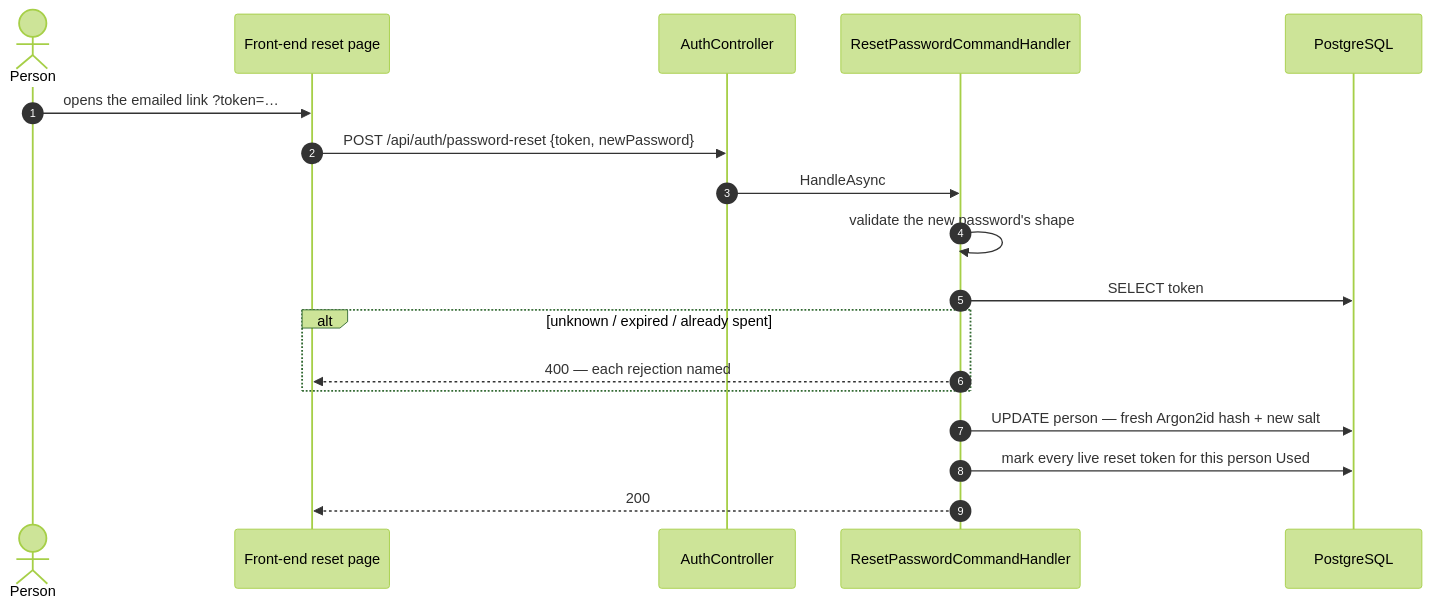
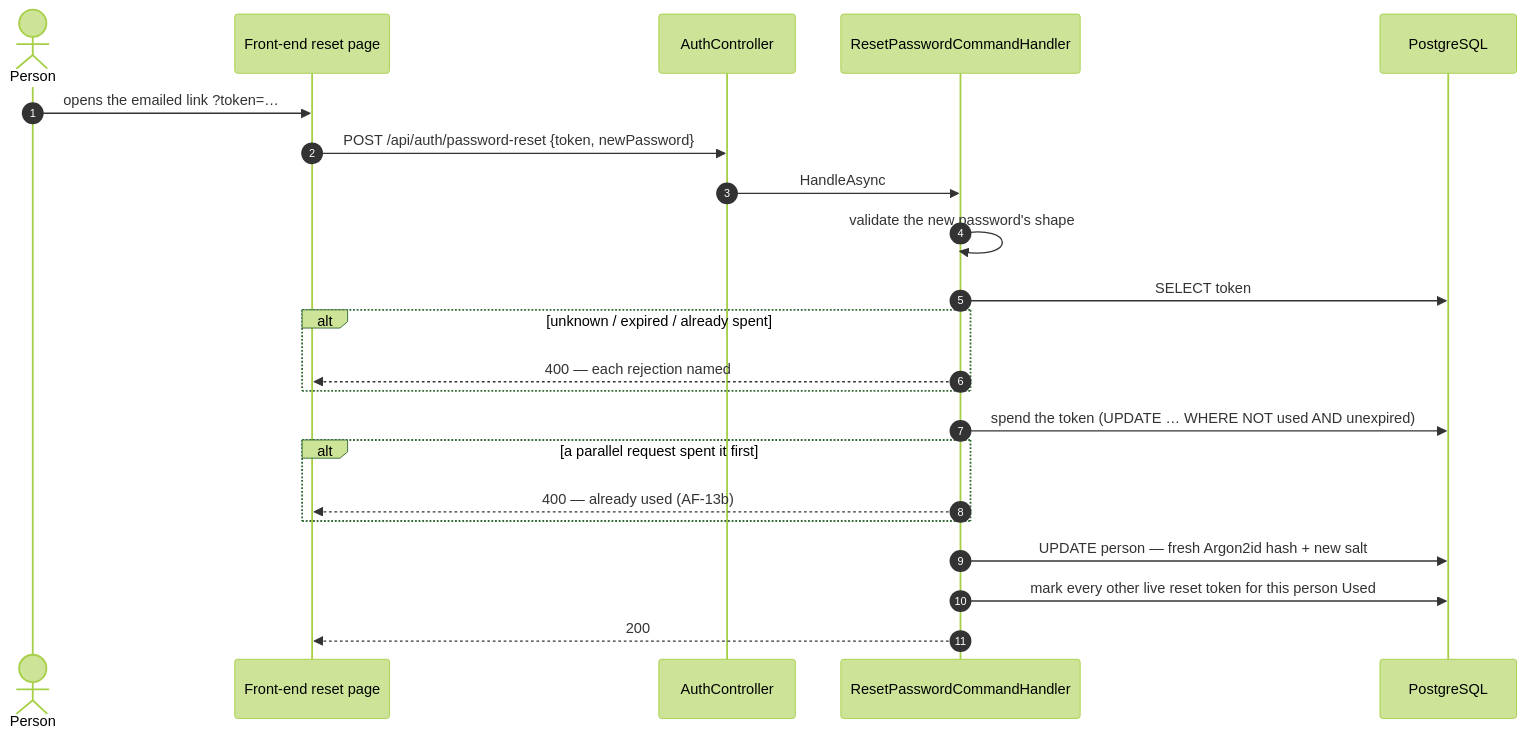
Before and after one commit to artur-rios/heimdall-api: the second of 2 diagrams in docs/content/en/docs/flows/password-recovery.md, drawn with Mermaid (forest theme). The commit also changed other lines of this file and 8 other files, not shown here.

````diff
--- a/docs/content/en/docs/flows/password-recovery.md
+++ b/docs/content/en/docs/flows/password-recovery.md
@@ -52,21 +67,25 @@
 ```mermaid
 sequenceDiagram
     autonumber
     actor P as Person
     participant FE as Front-end reset page
     participant AC as AuthController
     participant H as ResetPasswordCommandHandler
     participant DB as PostgreSQL
 
     P->>FE: opens the emailed link ?token=…
     FE->>AC: POST /api/auth/password-reset {token, newPassword}
     AC->>H: HandleAsync
     H->>H: validate the new password's shape
     H->>DB: SELECT token
     alt unknown / expired / already spent
         H-->>FE: 400 — each rejection named
     end
+    H->>DB: spend the token (UPDATE … WHERE NOT used AND unexpired)
+    alt a parallel request spent it first
+        H-->>FE: 400 — already used (AF-13b)
+    end
     H->>DB: UPDATE person — fresh Argon2id hash + new salt
-    H->>DB: mark every live reset token for this person Used
+    H->>DB: mark every other live reset token for this person Used
     H-->>FE: 200
 ```
````
